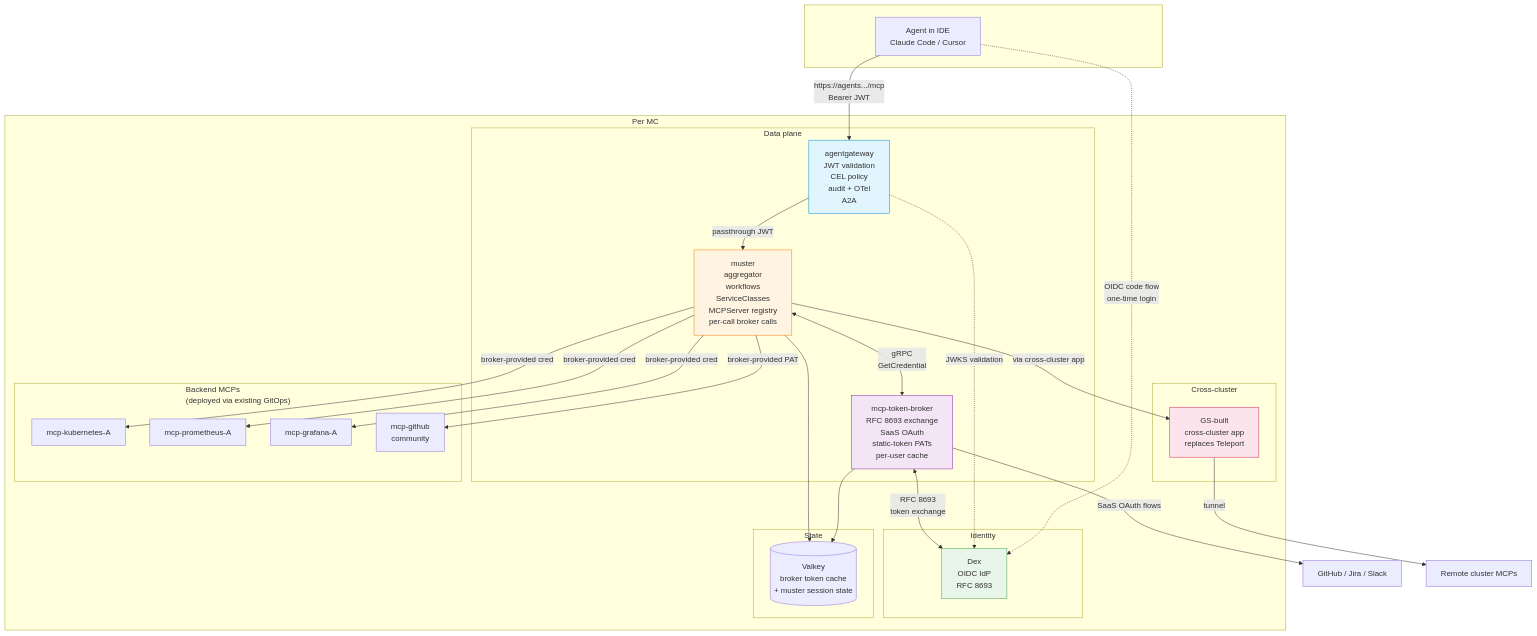
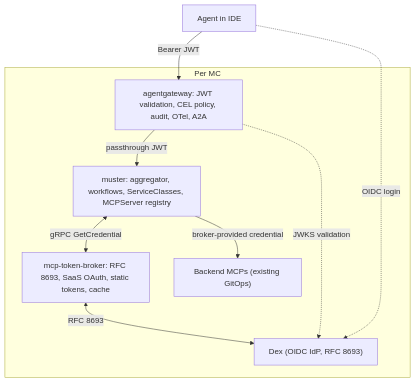
Before and after one commit to giantswarm/muster: the first of 2 diagrams in docs/explanation/decisions/012-agentgateway-introduction.md, drawn with Mermaid. The commit also changed other lines of this file, not shown here.

Commit message:
ADR-012: slim to architectural decision; correct gateway vs broker scope

````diff
--- a/docs/explanation/decisions/012-agentgateway-introduction.md
+++ b/docs/explanation/decisions/012-agentgateway-introduction.md
@@ -70,59 +36,20 @@
 ```mermaid
 graph TB
-    subgraph IDE[" "]
-        Agent[Agent in IDE<br/>Claude Code / Cursor]
+    Agent["Agent in IDE"]
+
+    subgraph MC["Per MC"]
+        Dex["Dex (OIDC IdP, RFC 8693)"]
+        GW["agentgateway: JWT validation, CEL policy, audit, OTel, A2A"]
+        M["muster: aggregator, workflows, ServiceClasses, MCPServer registry"]
+        Broker["mcp-token-broker: RFC 8693, SaaS OAuth, static tokens, cache"]
+        Backends["Backend MCPs (existing GitOps)"]
     end
 
-    subgraph MC["Per MC"]
-        subgraph Identity["Identity"]
-            Dex[Dex<br/>OIDC IdP<br/>RFC 8693]
-        end
-
-        subgraph DataPlane["Data plane"]
-            GW[agentgateway<br/>JWT validation<br/>CEL policy<br/>audit + OTel<br/>A2A]
-            M[muster<br/>aggregator<br/>workflows<br/>ServiceClasses<br/>MCPServer registry<br/>per-call broker calls]
-            Broker[mcp-token-broker<br/>RFC 8693 exchange<br/>SaaS OAuth<br/>static-token PATs<br/>per-user cache]
-        end
-
-        subgraph CrossClusterApp["Cross-cluster"]
-            App[GS-built<br/>cross-cluster app<br/>replaces Teleport]
-        end
-
-        subgraph Backends["Backend MCPs<br/>(deployed via existing GitOps)"]
-            B1[mcp-kubernetes-A]
-            B2[mcp-prometheus-A]
-            B3[mcp-grafana-A]
-            B4[mcp-github<br/>community]
-        end
-
-        subgraph Storage["State"]
-            Valkey[(Valkey<br/>broker token cache<br/>+ muster session state)]
-        end
-    end
-
-    Agent -->|"https://agents.../mcp<br/>Bearer JWT"| GW
-    Agent -.->|OIDC code flow<br/>one-time login| Dex
-
+    Agent -->|Bearer JWT| GW
+    Agent -.->|OIDC login| Dex
     GW -->|passthrough JWT| M
     GW -.->|JWKS validation| Dex
-
-    M <-->|gRPC<br/>GetCredential| Broker
-    Broker <-->|RFC 8693<br/>token exchange| Dex
-    Broker -->|SaaS OAuth flows| External[GitHub / Jira / Slack]
-
-    Broker --> Valkey
-    M --> Valkey
-
-    M -->|broker-provided cred| B1
-    M -->|broker-provided cred| B2
-    M -->|broker-provided cred| B3
-    M -->|via cross-cluster app| App
-    App -->|tunnel| RemoteCluster[Remote cluster MCPs]
-    M -->|broker-provided PAT| B4
-
-    style GW fill:#e1f5ff,stroke:#0288d1
-    style M fill:#fff4e1,stroke:#f57c00
-    style Broker fill:#f3e5f5,stroke:#8e24aa
-    style Dex fill:#e8f5e9,stroke:#43a047
-    style App fill:#fce4ec,stroke:#d81b60
+    M <-->|gRPC GetCredential| Broker
+    Broker <-->|RFC 8693| Dex
+    M -->|broker-provided credential| Backends
 ```
````
